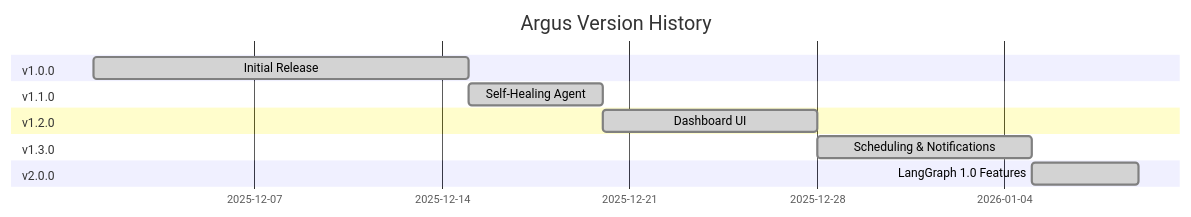
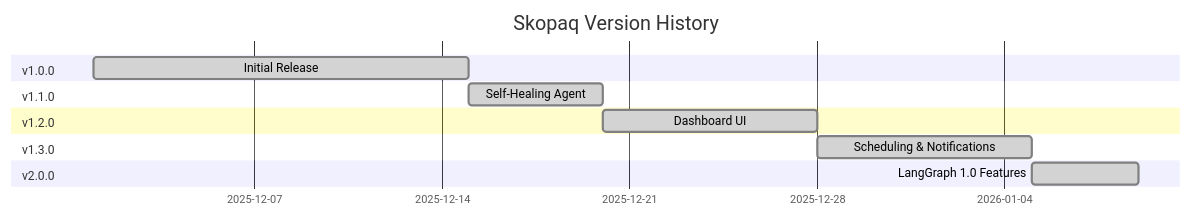
One commit to skopaq/skopaq-docs changed diagram 30 of 30 in docs-site/technical/architecture.md. Above: the diagram before and after it, drawn with Mermaid. The commit also changed other lines of this file and 30 other files, not shown here.

First line of the commit message:
rebrand: replace user-facing Argus → Skopaq (domains, UI text, URLs)

````diff
--- a/docs-site/technical/architecture.md
+++ b/docs-site/technical/architecture.md
@@ -1661,20 +1661,20 @@
 ```mermaid
 gantt
-    title Argus Version History
+    title Skopaq Version History
     dateFormat YYYY-MM-DD
 
     section v1.0.0
     Initial Release           :done, v1, 2025-12-01, 2025-12-15
 
     section v1.1.0
     Self-Healing Agent        :done, v11, 2025-12-15, 2025-12-20
 
     section v1.2.0
     Dashboard UI              :done, v12, 2025-12-20, 2025-12-28
 
     section v1.3.0
     Scheduling & Notifications:done, v13, 2025-12-28, 2026-01-05
 
     section v2.0.0
     LangGraph 1.0 Features    :done, v20, 2026-01-05, 2026-01-09
 ```
````
